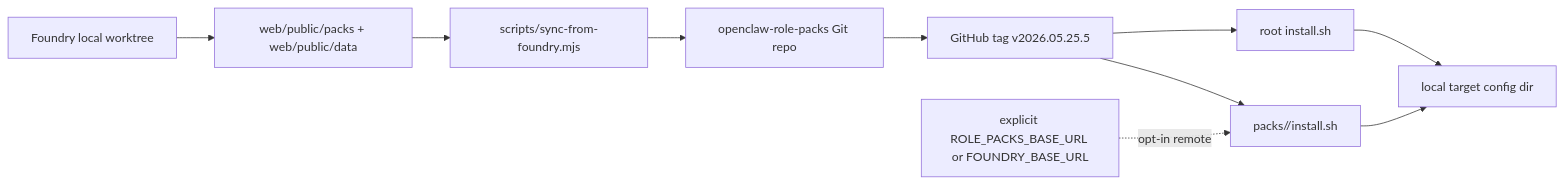
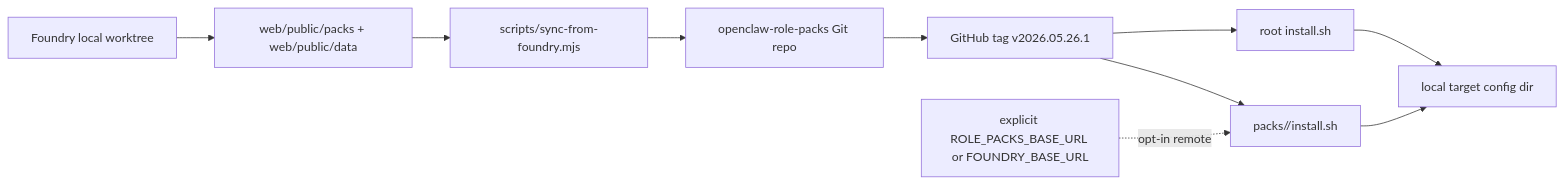
One commit to MARUCIE/openclaw-foundry changed the third of 6 diagrams in doc/00_project/initiative_openclaw_foundry/SYSTEM_ARCHITECTURE.md. Above: the diagram before and after it, drawn with Mermaid. The commit also changed other lines of this file and 35 other files, not shown here.

````diff
--- a/doc/00_project/initiative_openclaw_foundry/SYSTEM_ARCHITECTURE.md
+++ b/doc/00_project/initiative_openclaw_foundry/SYSTEM_ARCHITECTURE.md
@@ -134,12 +134,12 @@
 ```mermaid
 flowchart LR
   A[Foundry local worktree] --> B[web/public/packs + web/public/data]
   B --> C[scripts/sync-from-foundry.mjs]
   C --> D[openclaw-role-packs Git repo]
-  D --> E[GitHub tag v2026.05.25.5]
+  D --> E[GitHub tag v2026.05.26.1]
   E --> F[root install.sh]
   E --> G[packs/<id>/install.sh]
   F --> H[local target config dir]
   G --> H
   I[explicit ROLE_PACKS_BASE_URL or FOUNDRY_BASE_URL] -. opt-in remote .-> G
 ```
````
